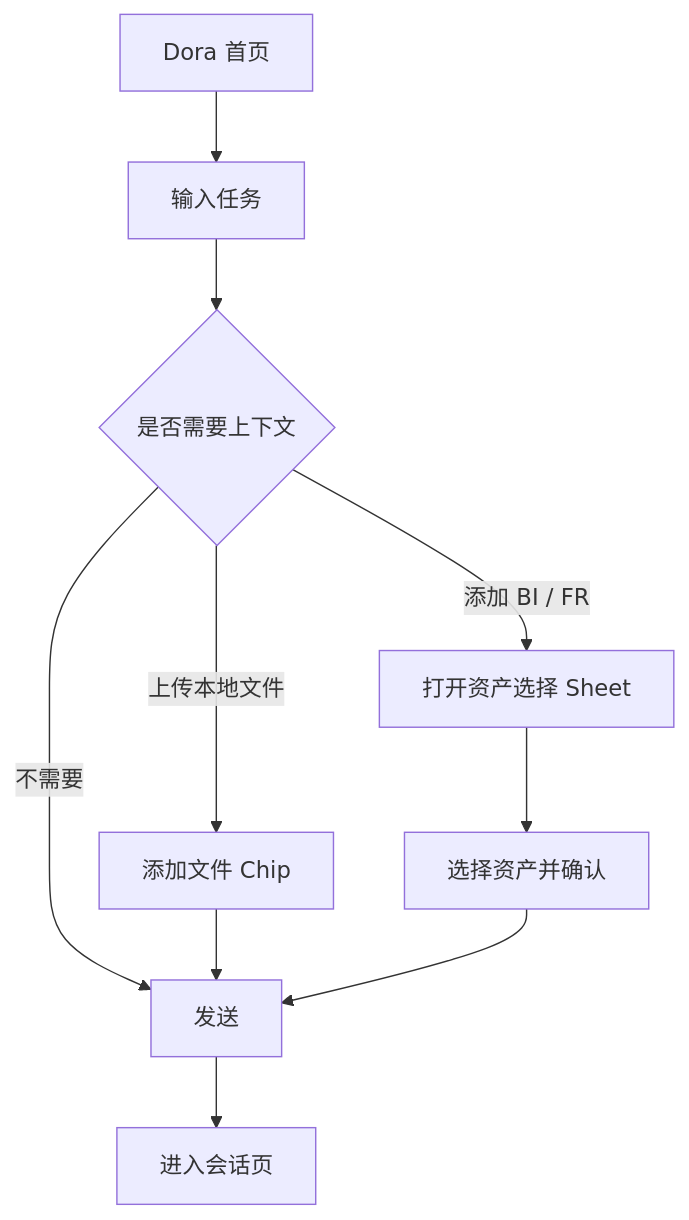
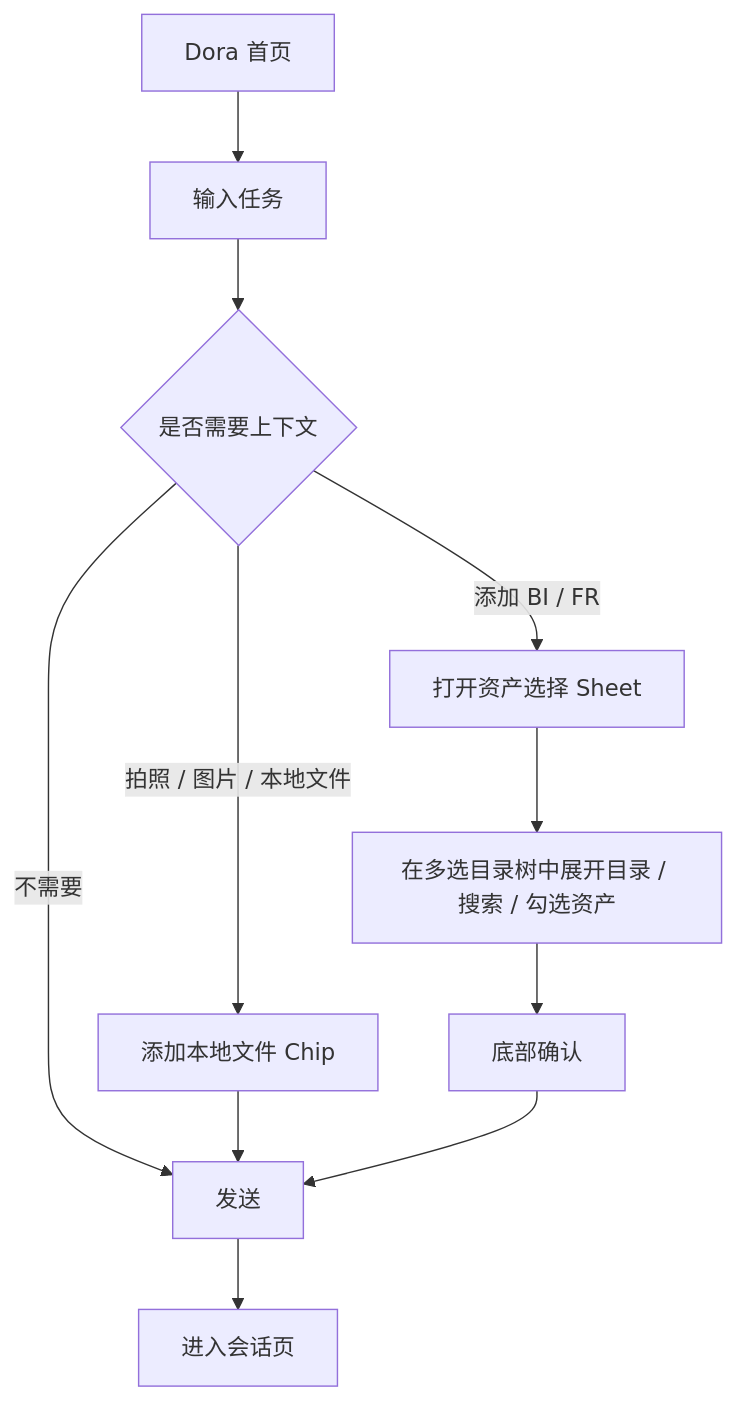
Before and after one commit to zui-luo/dorauxdemo: the second of 5 diagrams in dora-mobile-newux/interaction-spec.md, drawn with Mermaid. The commit also changed other lines of this file and 1 other file, not shown here.

````diff
--- a/dora-mobile-newux/interaction-spec.md
+++ b/dora-mobile-newux/interaction-spec.md
@@ -95,12 +98,13 @@
 ```mermaid
 flowchart TD
   A["Dora 首页"] --> B["输入任务"]
   B --> C{"是否需要上下文"}
-  C -->|"上传本地文件"| D["添加文件 Chip"]
+  C -->|"拍照 / 图片 / 本地文件"| D["添加本地文件 Chip"]
   C -->|"添加 BI / FR"| E["打开资产选择 Sheet"]
   C -->|"不需要"| F["发送"]
   D --> F
-  E --> G["选择资产并确认"]
-  G --> F
+  E --> G["在多选目录树中展开目录 / 搜索 / 勾选资产"]
+  G --> I["底部确认"]
+  I --> F
   F --> H["进入会话页"]
 ```
````
